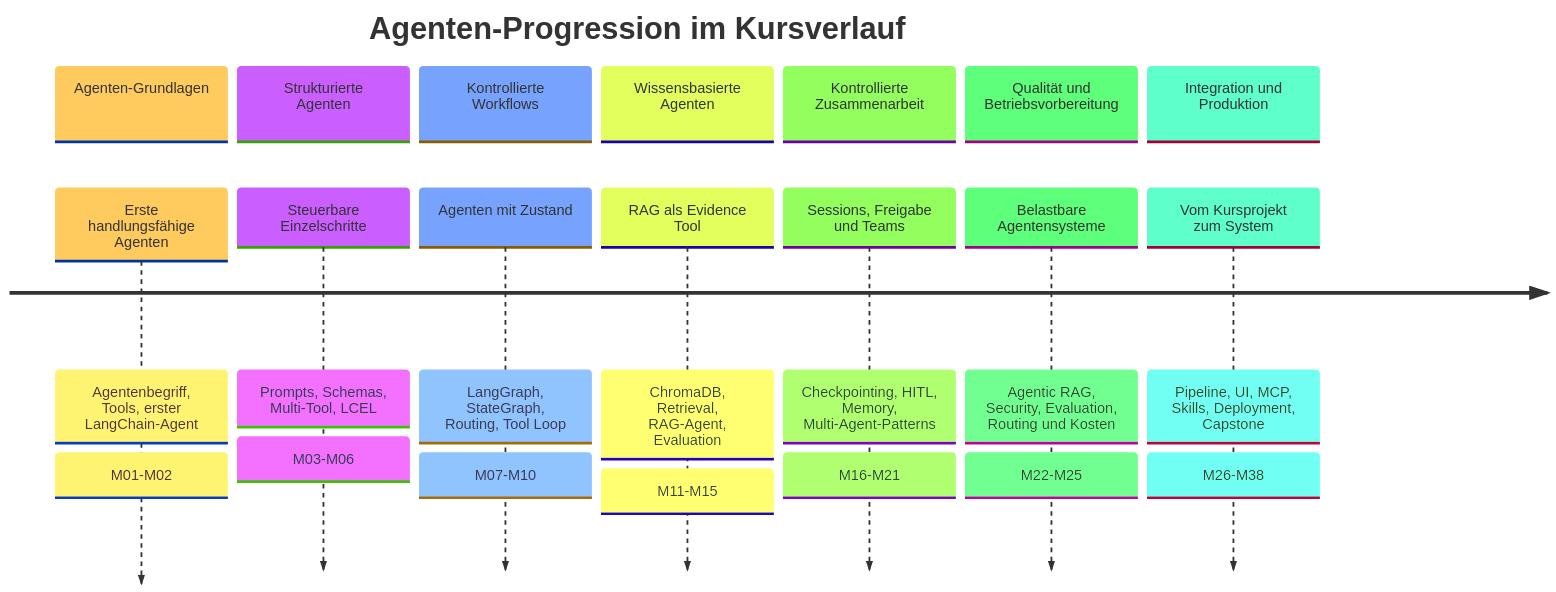
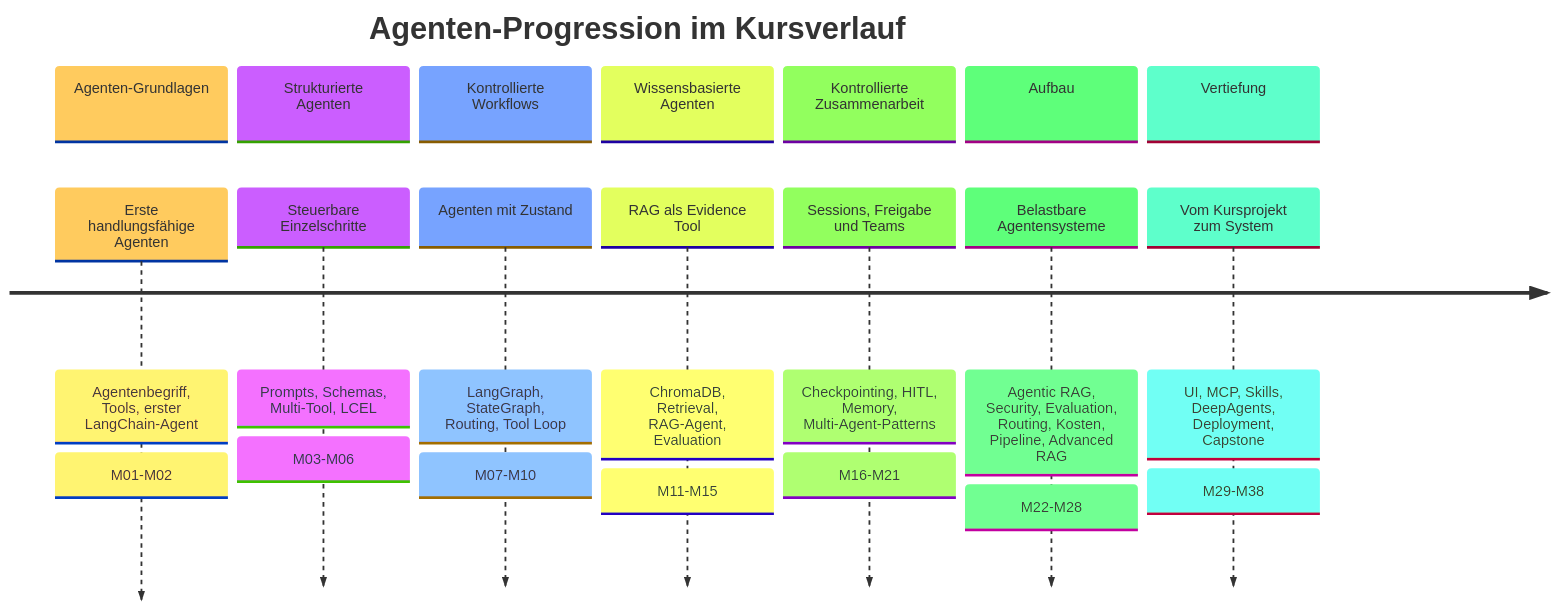
One commit to ralf-42/Agenten changed the diagram in docs/02-orientierung-entscheidung/kursueberblick.md. Above: the diagram before and after it, drawn with Mermaid. The commit also changed other lines of this file and 1 other file, not shown here.

````diff
--- a/docs/02-orientierung-entscheidung/kursueberblick.md
+++ b/docs/02-orientierung-entscheidung/kursueberblick.md
@@ -77,36 +79,36 @@
 ```mermaid
 %%{init: {
   'theme': 'base',
   'themeVariables': {
     'timelineLineColor': '#2e7d32',
     'sectionBkgColor': '#c8e6c9',
     'sectionTextColor': '#1b5e20',
     'containerBkgColor': '#f9f9f9',
     'taskBkgColor': '#e8f5e9',
     'taskTextColor': '#1b5e20'
   }
 }}%%
 timeline
     title Agenten-Progression im Kursverlauf
     section Agenten-Grundlagen
         Erste handlungsfähige Agenten : Agentenbegriff, Tools, erster LangChain-Agent
                                      : M01-M02
     section Strukturierte Agenten
         Steuerbare Einzelschritte     : Prompts, Schemas, Multi-Tool, LCEL
                                      : M03-M06
     section Kontrollierte Workflows
         Agenten mit Zustand           : LangGraph, StateGraph, Routing, Tool Loop
                                      : M07-M10
     section Wissensbasierte Agenten
         RAG als Evidence Tool         : ChromaDB, Retrieval, RAG-Agent, Evaluation
                                      : M11-M15
     section Kontrollierte Zusammenarbeit
         Sessions, Freigabe und Teams  : Checkpointing, HITL, Memory, Multi-Agent-Patterns
                                      : M16-M21
-    section Qualität und Betriebsvorbereitung
-        Belastbare Agentensysteme     : Agentic RAG, Security, Evaluation, Routing und Kosten
-                                     : M22-M25
-    section Integration und Produktion
-        Vom Kursprojekt zum System    : Pipeline, UI, MCP, Skills, Deployment, Capstone
-                                     : M26-M38
+    section Aufbau
+        Belastbare Agentensysteme     : Agentic RAG, Security, Evaluation, Routing, Kosten, Pipeline, Advanced RAG
+                                     : M22-M28
+    section Vertiefung
+        Vom Kursprojekt zum System    : UI, MCP, Skills, DeepAgents, Deployment, Capstone
+                                     : M29-M38
 ```
````
